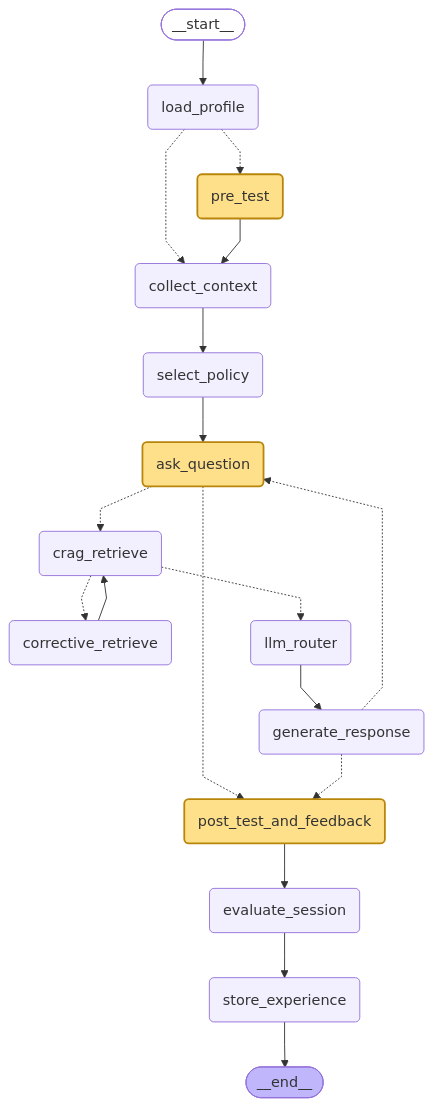
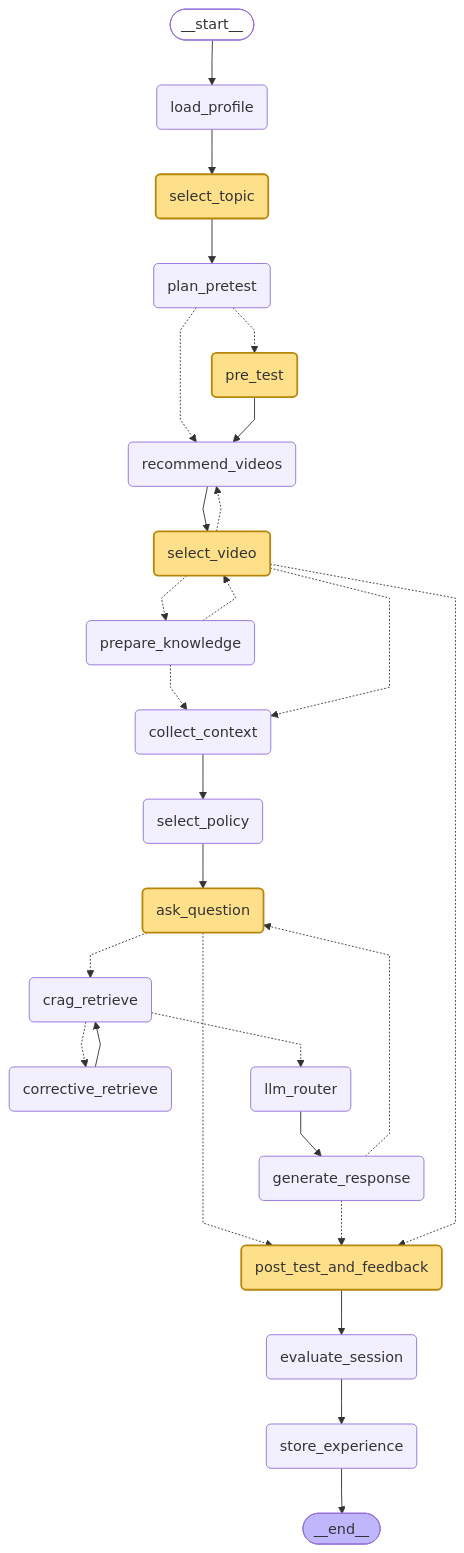
Before and after one commit to Sam3420/QoE-Aware-Self-Adaptive-Hybrid-Edge-Cloud-Educational-RAG-Assistant: the diagram in docs/agent_graph.md, drawn with Mermaid. The commit also changed 56 other files, not shown here.

````diff
--- a/docs/agent_graph.md
+++ b/docs/agent_graph.md
@@ -6,45 +6,59 @@
 ```mermaid
 ---
 config:
   flowchart:
     curve: linear
 ---
 graph TD;
 	__start__([<p>__start__</p>]):::first
 	load_profile(load_profile)
+	select_topic(select_topic)
+	plan_pretest(plan_pretest)
 	pre_test(pre_test)
+	recommend_videos(recommend_videos)
+	select_video(select_video)
+	prepare_knowledge(prepare_knowledge)
 	collect_context(collect_context)
 	select_policy(select_policy)
 	ask_question(ask_question)
 	crag_retrieve(crag_retrieve)
 	corrective_retrieve(corrective_retrieve)
 	llm_router(llm_router)
 	generate_response(generate_response)
 	post_test_and_feedback(post_test_and_feedback)
 	evaluate_session(evaluate_session)
 	store_experience(store_experience)
 	__end__([<p>__end__</p>]):::last
 	__start__ --> load_profile;
 	ask_question -.-> crag_retrieve;
 	ask_question -.-> post_test_and_feedback;
 	collect_context --> select_policy;
 	corrective_retrieve --> crag_retrieve;
 	crag_retrieve -.-> corrective_retrieve;
 	crag_retrieve -.-> llm_router;
 	evaluate_session --> store_experience;
 	generate_response -.-> ask_question;
 	generate_response -.-> post_test_and_feedback;
 	llm_router --> generate_response;
-	load_profile -.-> collect_context;
-	load_profile -.-> pre_test;
+	load_profile --> select_topic;
+	plan_pretest -.-> pre_test;
+	plan_pretest -.-> recommend_videos;
 	post_test_and_feedback --> evaluate_session;
-	pre_test --> collect_context;
+	pre_test --> recommend_videos;
+	prepare_knowledge -.-> collect_context;
+	prepare_knowledge -.-> select_video;
+	recommend_videos --> select_video;
 	select_policy --> ask_question;
+	select_topic --> plan_pretest;
+	select_video -.-> collect_context;
+	select_video -.-> post_test_and_feedback;
+	select_video -.-> prepare_knowledge;
+	select_video -.-> recommend_videos;
 	store_experience --> __end__;
 	classDef default fill:#f2f0ff,line-height:1.2
 	classDef first fill-opacity:0
 	classDef last fill:#bfb6fc
 	classDef interrupt fill:#ffe08a,stroke:#b8860b,stroke-width:2px
 	classDef stub fill:#e0e0e0,stroke:#757575,stroke-dasharray:4 3
-	class pre_test,ask_question,post_test_and_feedback interrupt
+	class select_topic,pre_test,select_video,ask_question,post_test_and_feedback interrupt
 ```
````
